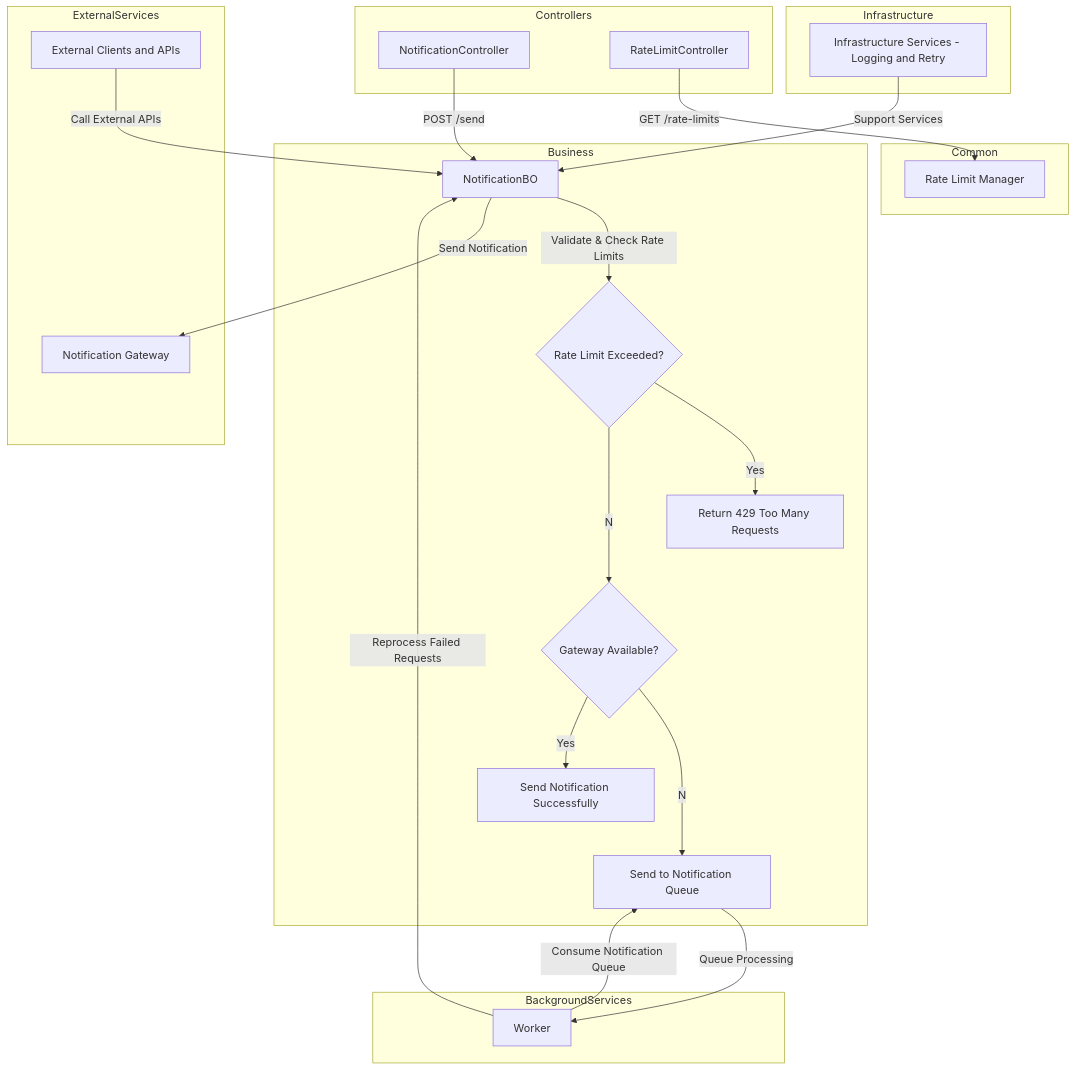
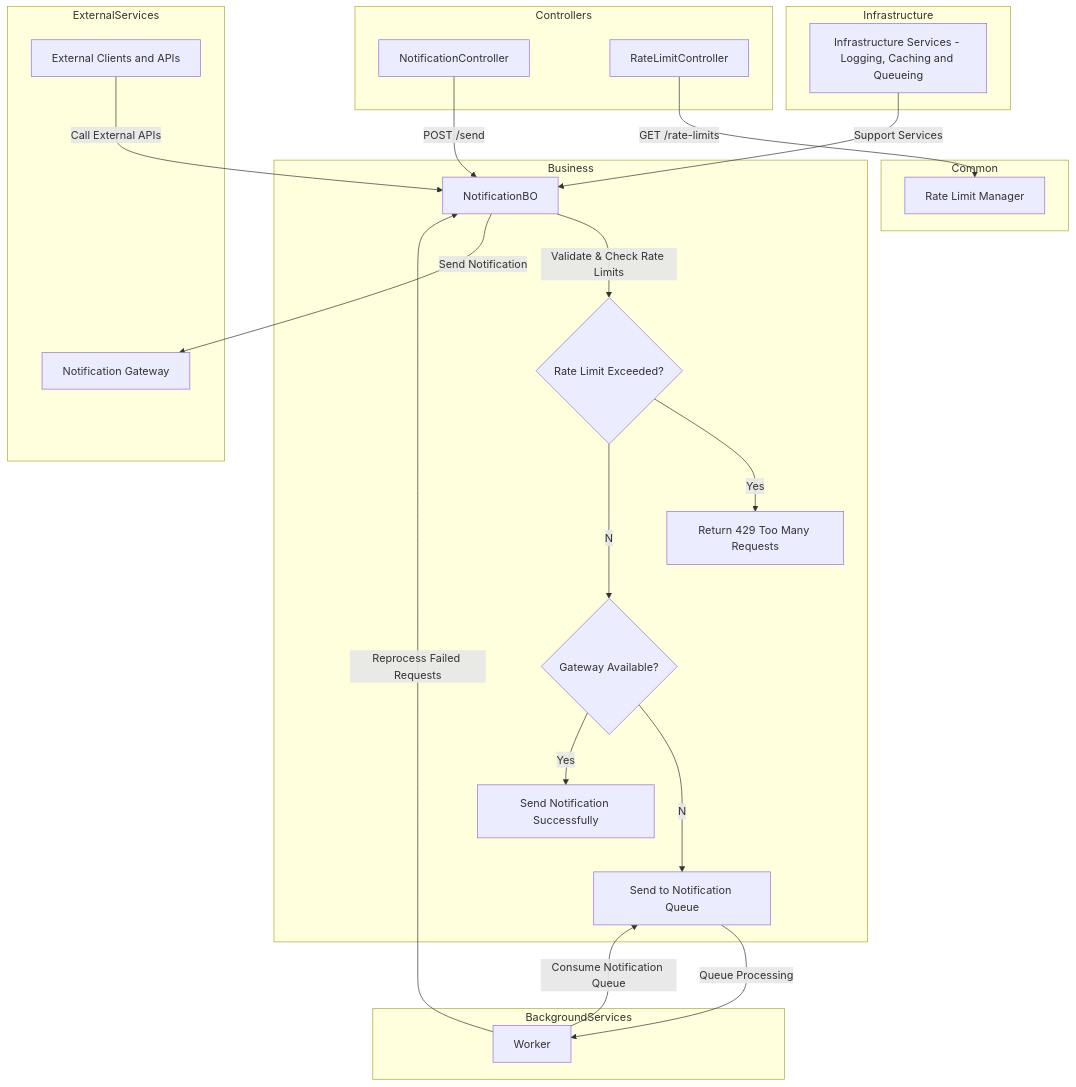
One commit to guimaportela/NotificationSystem changed the diagram in README.md. Above: the diagram before and after it, drawn with Mermaid.

````diff
--- a/README.md
+++ b/README.md
@@ -162,56 +162,56 @@
 ```mermaid
 graph TD;
 
     %% Controllers
     subgraph Controllers
         A[NotificationController]
         H[RateLimitController]
     end
 
     %% Business
     subgraph Business
         B[NotificationBO]
         C{Rate Limit Exceeded?}
         D[Return 429 Too Many Requests]
         E{Gateway Available?}
         M[Send to Notification Queue]
         G[Send Notification Successfully]
     end
 
     %% Common
     subgraph Common
         X[Rate Limit Manager]
     end
 
     %% Background Services
     subgraph BackgroundServices
         J[Worker]
     end
 
     %% External Services
     subgraph ExternalServices
         K[Notification Gateway]
         Y[External Clients and APIs]
     end
 
     %% Infrastructure
     subgraph Infrastructure
-        Z[Infrastructure Services - Logging and Retry]
+        Z[Infrastructure Services - Logging, Caching and Queueing]
     end
 
     %% Conexões entre os elementos
     A -->|POST /send| B
     H -->|GET /rate-limits| X
     B -->|Validate & Check Rate Limits| C
     C --Yes--> D
     C --No--> E
     E --No--> M
     E --Yes--> G
     B -->|Send Notification| K
     J -->|Consume Notification Queue| M
     J -->|Reprocess Failed Requests| B
     M -->|Queue Processing| J
     Y -->|Call External APIs| B
     Z -->|Support Services| B
 
 ```
````
